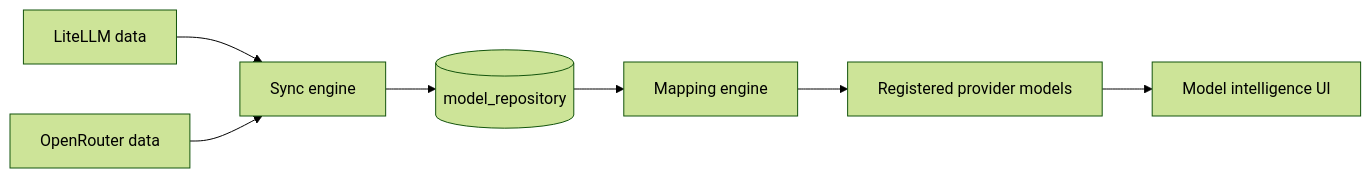
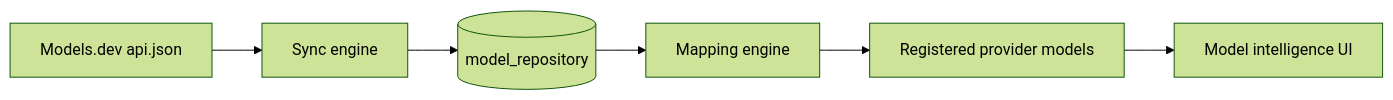
One commit to TitanNatesan/ToLLma changed the fifth of 8 diagrams in docs/ARCHITECTURE.md. Above: the diagram before and after it, drawn with Mermaid (forest theme). The commit also changed other lines of this file and 84 other files, not shown here.

````diff
--- a/docs/ARCHITECTURE.md
+++ b/docs/ARCHITECTURE.md
@@ -77,9 +77,8 @@
 ```mermaid
 flowchart LR
-    Lite[LiteLLM data] --> SYNC[Sync engine]
-    OR[OpenRouter data] --> SYNC
+    MD[Models.dev api.json] --> SYNC[Sync engine]
     SYNC --> REPO[(model_repository)]
     REPO --> MAP[Mapping engine]
     MAP --> REG[Registered provider models]
     REG --> UI[Model intelligence UI]
 ```
````
